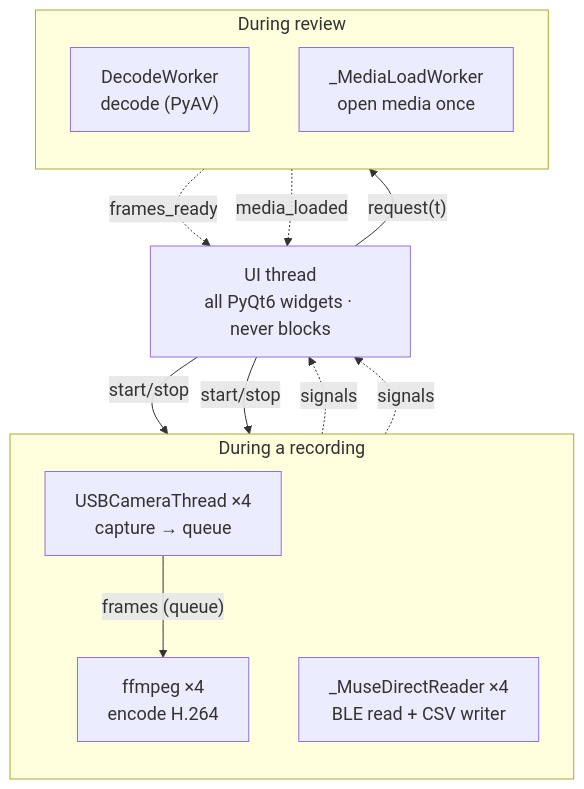
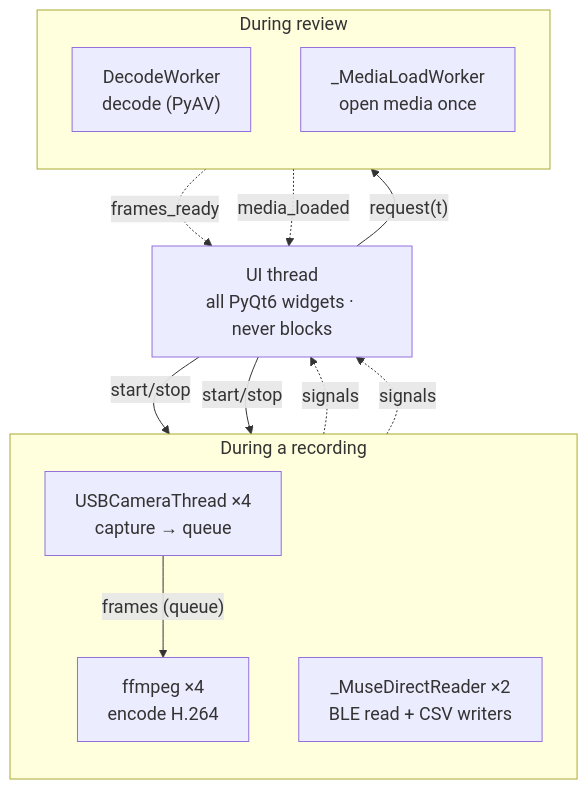
One commit to mohammadabdullahkhurram/Brain-Battle-Phase-3 changed the diagram in docs/diagrams/threads.mmd. Above: the diagram before and after it, drawn with Mermaid. The commit also changed 71 other files, not shown here.

```diff
--- a/docs/diagrams/threads.mmd
+++ b/docs/diagrams/threads.mmd
@@ -1,25 +1,25 @@
 %%{init: {'themeVariables': {'fontSize': '18px'}}}%%
 flowchart TB
     UI["UI thread<br/>all PyQt6 widgets · never blocks"]
 
     subgraph REC["During a recording"]
         direction TB
         CT["USBCameraThread ×4<br/>capture → queue"]
         FE["ffmpeg ×4<br/>encode H.264"]
-        MR["_MuseDirectReader ×4<br/>BLE read + CSV writer"]
+        MR["_MuseDirectReader ×2<br/>BLE read + CSV writers"]
         CT -- "frames (queue)" --> FE
     end
 
     subgraph REV["During review"]
         direction TB
         DW["DecodeWorker<br/>decode (PyAV)"]
         ML["_MediaLoadWorker<br/>open media once"]
     end
 
     UI -- start/stop --> CT
     UI -- start/stop --> MR
     CT -. signals .-> UI
     MR -. signals .-> UI
     UI -- request(t) --> DW
     DW -. frames_ready .-> UI
     ML -. media_loaded .-> UI
```
